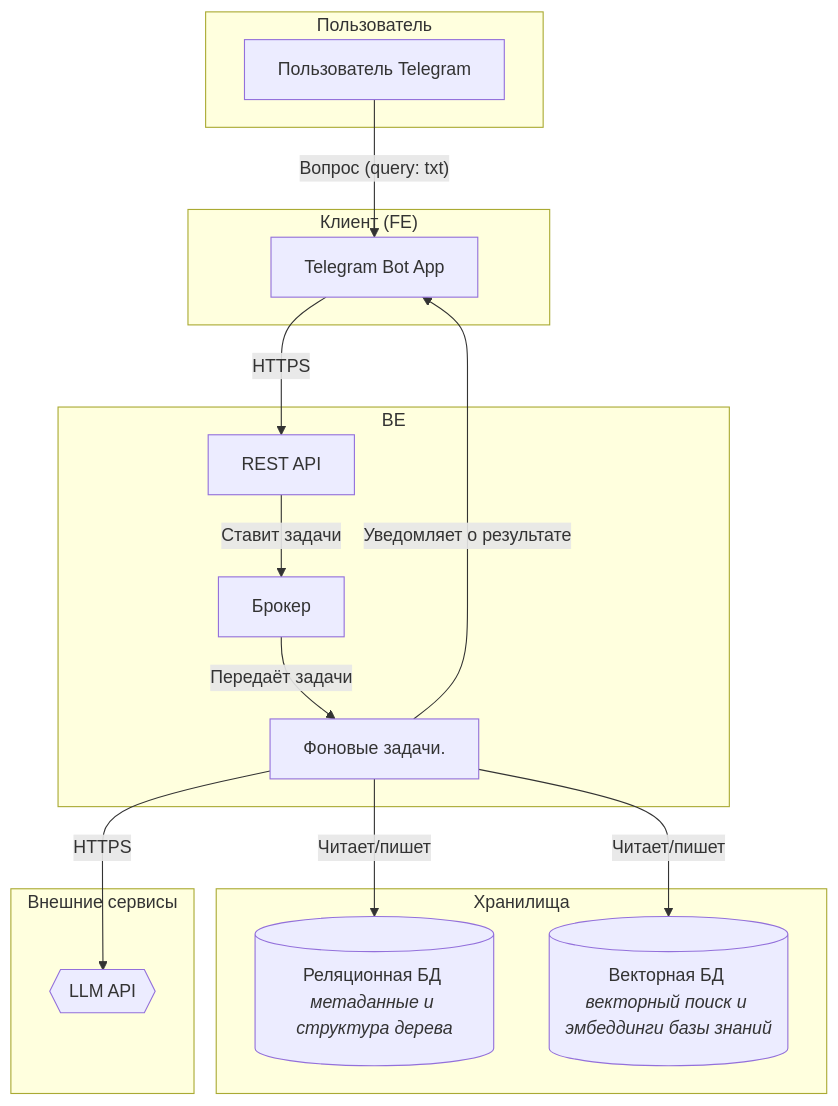
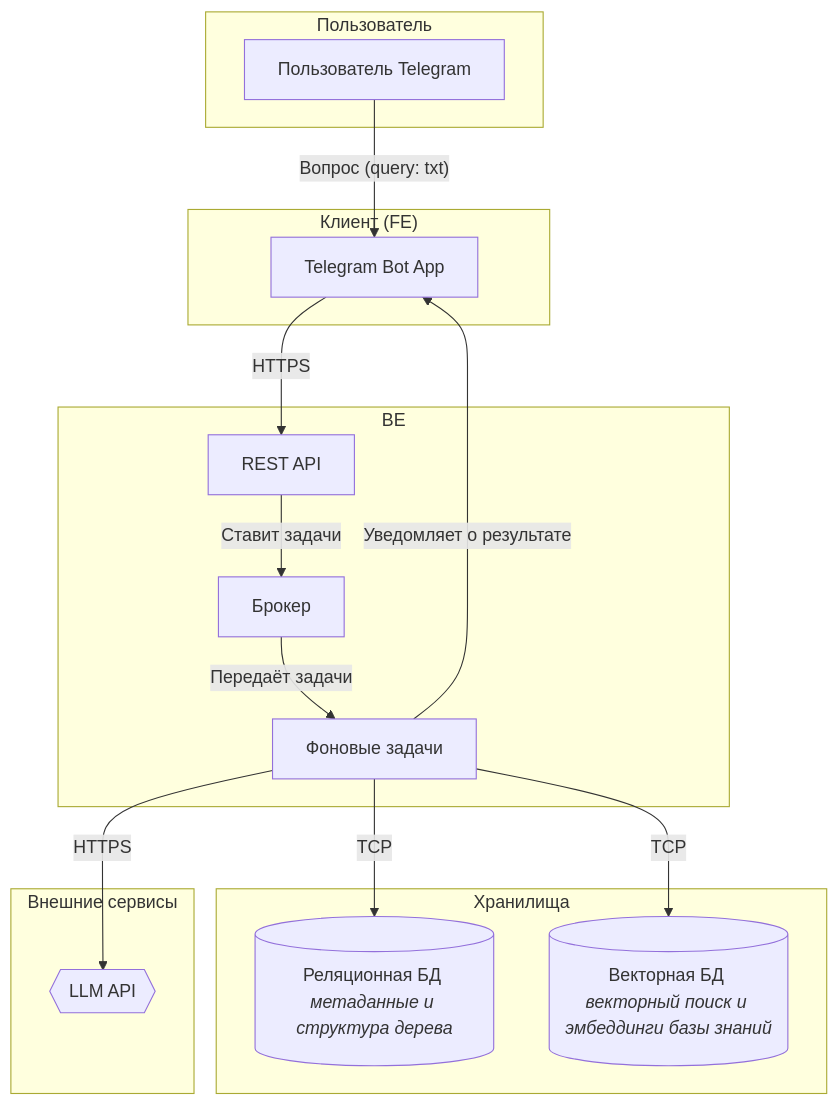
Before and after one commit to patolog123/Analyst-3.0: the diagram in Анастасия_Друзьянова/architect.MD, drawn with Mermaid.

````diff
--- a/Анастасия_Друзьянова/architect.MD
+++ b/Анастасия_Друзьянова/architect.MD
@@ -1,35 +1,35 @@
 ```mermaid
 graph TD
     subgraph "Пользователь"
         A[Пользователь Telegram]
     end
 
     subgraph "Клиент (FE)"
         B[Telegram Bot App]
     end
 
     subgraph "BE"
         C[REST API]
         J[Брокер]
-        F[Фоновые задачи.]
+        F[Фоновые задачи]
     end
 
     subgraph "Хранилища"
         G[(Реляционная БД <br><i>метаданные и структура дерева</i>)]
         I[(Векторная БД <br><i>векторный поиск и эмбеддинги базы знаний</i>)]
     end
 
     subgraph "Внешние сервисы"
         H{{LLM API}}
     end
 
     %% Связи между компонентами
     A -- Вопрос (query: txt) --> B
     B -- HTTPS --> C
     C -- Ставит задачи --> J
     J -- Передаёт задачи --> F
     F -- HTTPS --> H
-    F -- Читает/пишет --> G
-    F -- Читает/пишет --> I
+    F -- TCP --> G
+    F -- TCP --> I
     F -- Уведомляет о результате --> B
 ```
````
